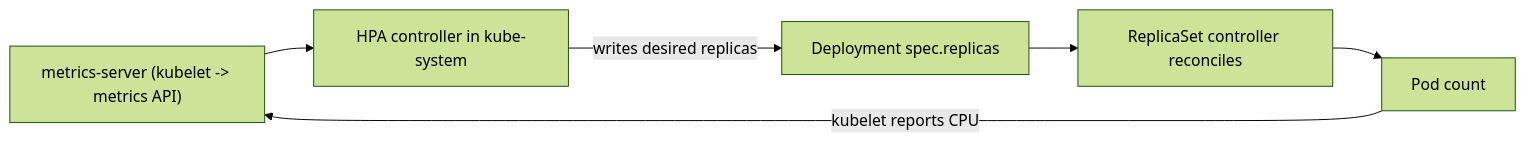
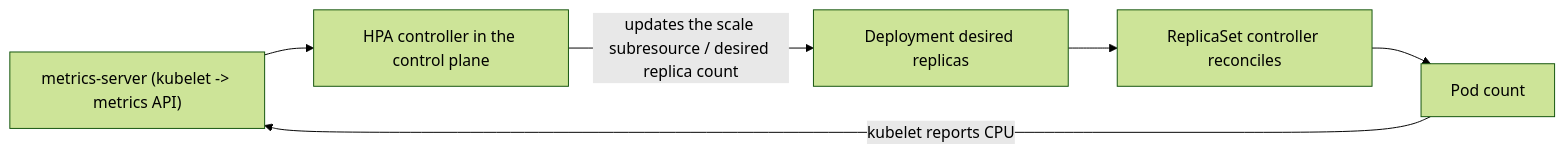
Before and after one commit to karthikreddy432/CKAD: the ninth of 53 diagrams in CKAD_notes.md, drawn with Mermaid (forest theme). The commit also changed other lines of this file, not shown here.

````diff
--- a/CKAD_notes.md
+++ b/CKAD_notes.md
@@ -1621,8 +1621,8 @@
 ```mermaid
 flowchart LR
-    MS["metrics-server (kubelet -> metrics API)"] --> HPA["HPA controller in kube-system"]
-    HPA -->|writes desired replicas| DEP["Deployment spec.replicas"]
+    MS["metrics-server (kubelet -> metrics API)"] --> HPA["HPA controller in the control plane"]
+    HPA -->|updates the scale subresource / desired replica count| DEP["Deployment desired replicas"]
     DEP --> RS["ReplicaSet controller reconciles"]
     RS --> PODS["Pod count"]
     PODS -->|kubelet reports CPU| MS
 ```
````
